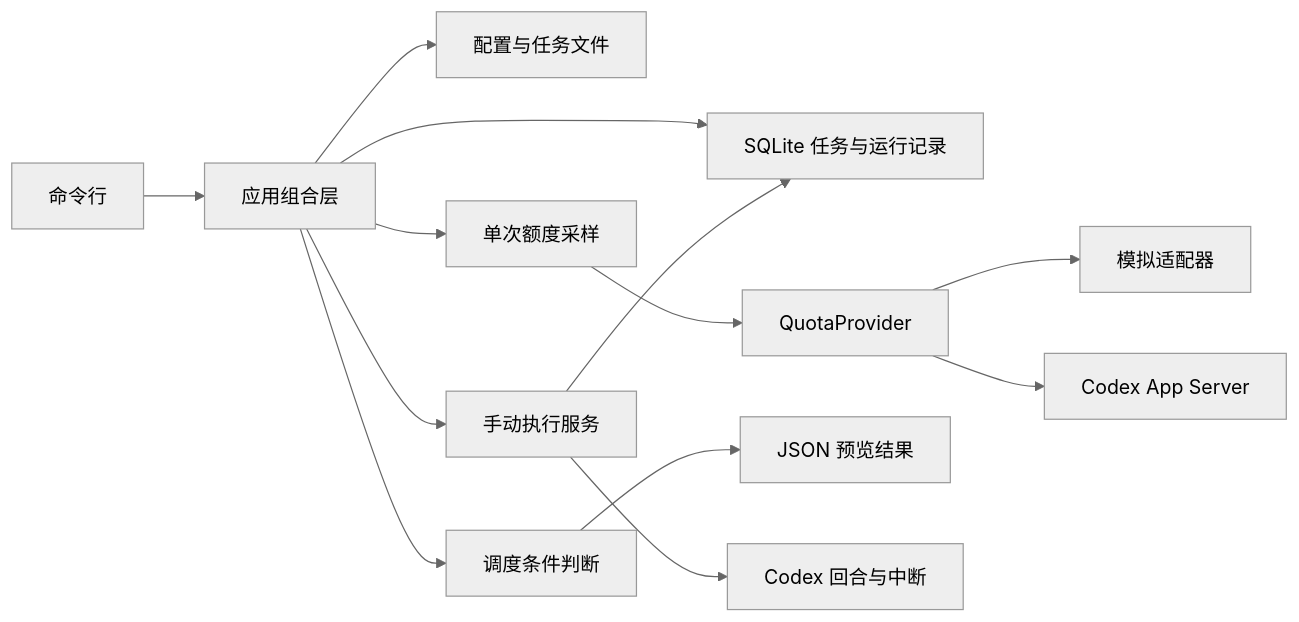
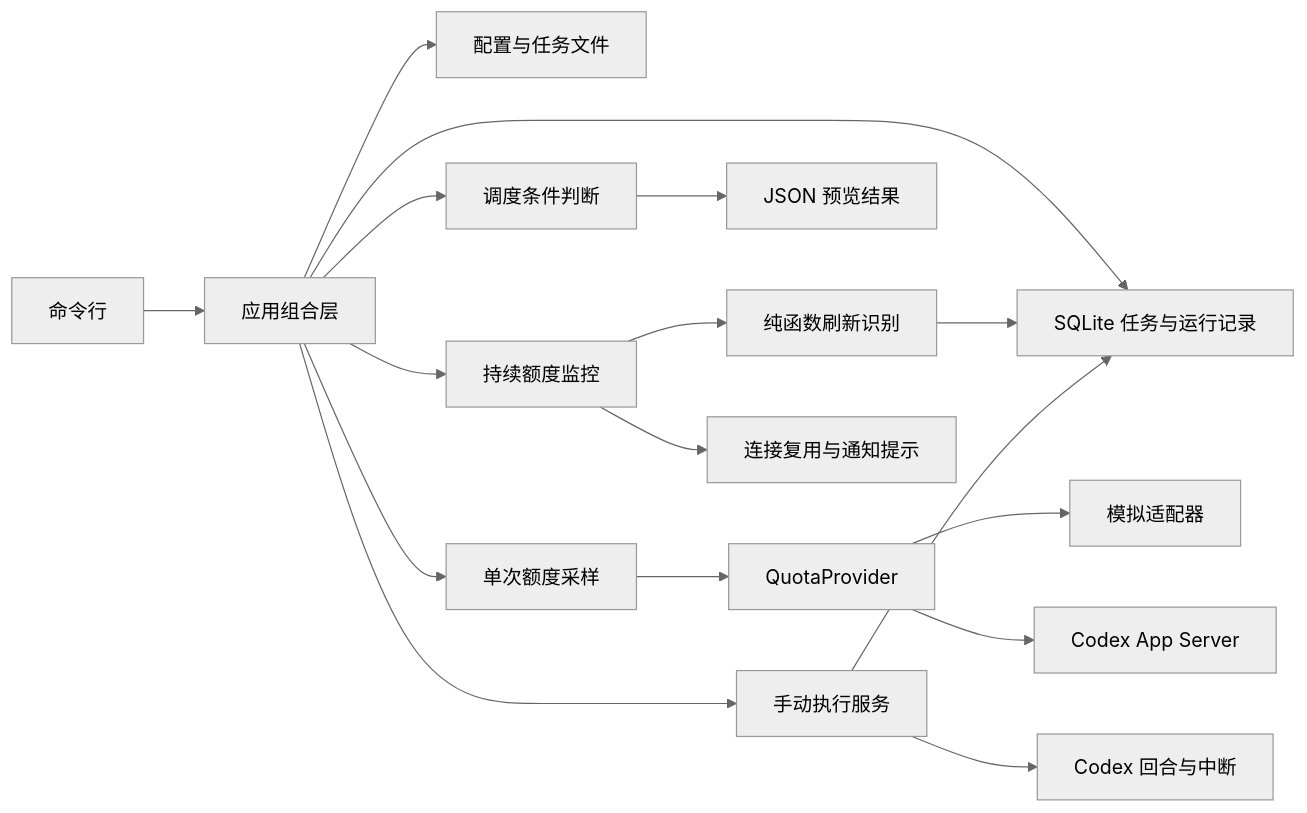
The diagram in docs/ARCHITECTURE.md (AiruoChen/codex-quota-scheduler), drawn with Mermaid (neutral theme) before and after one commit. The commit also changed other lines of this file and 23 other files, not shown here.

````diff
--- a/docs/ARCHITECTURE.md
+++ b/docs/ARCHITECTURE.md
@@ -10,15 +10,19 @@
 ```mermaid
 flowchart LR
   CLI[命令行] --> App[应用组合层]
   App --> Config[配置与任务文件]
   App --> Store[SQLite 任务与运行记录]
   App --> Monitor[单次额度采样]
   Monitor --> Provider[QuotaProvider]
   Provider --> Mock[模拟适配器]
   Provider --> Codex[Codex App Server]
   App --> Policy[调度条件判断]
   Policy --> Preview[JSON 预览结果]
   App --> Manual[手动执行服务]
+  App --> Watch[持续额度监控]
+  Watch --> Feed[连接复用与通知提示]
+  Watch --> Recognize[纯函数刷新识别]
+  Recognize --> Store
   Manual --> Store
   Manual --> Turn[Codex 回合与中断]
 ```
````
